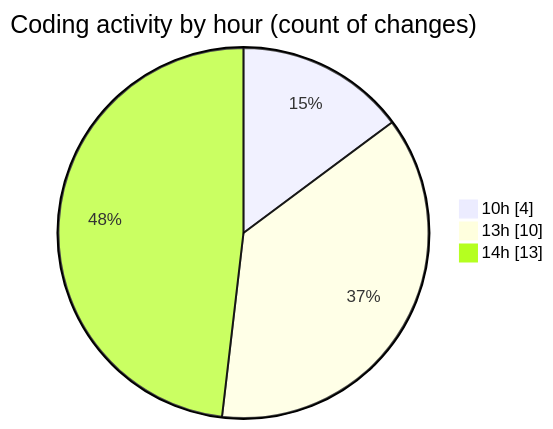
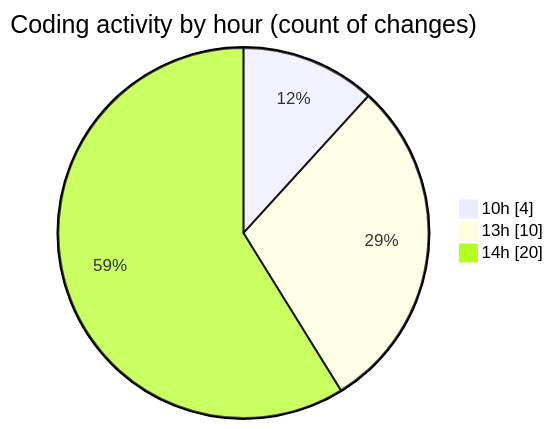
Before and after one commit to tmsrecording-cyber/code-tracking: the second of 2 diagrams in 2026-04-15/ai_news_simple/README.md, drawn with Mermaid. The commit also changed other lines of this file and 1 other file, not shown here.

````diff
--- a/2026-04-15/ai_news_simple/README.md
+++ b/2026-04-15/ai_news_simple/README.md
@@ -45,7 +50,7 @@
 ```mermaid
 pie showData
 title Coding activity by hour (count of changes)
 "10h" : 4
 "13h" : 10
-"14h" : 13
+"14h" : 20
 ```
````
